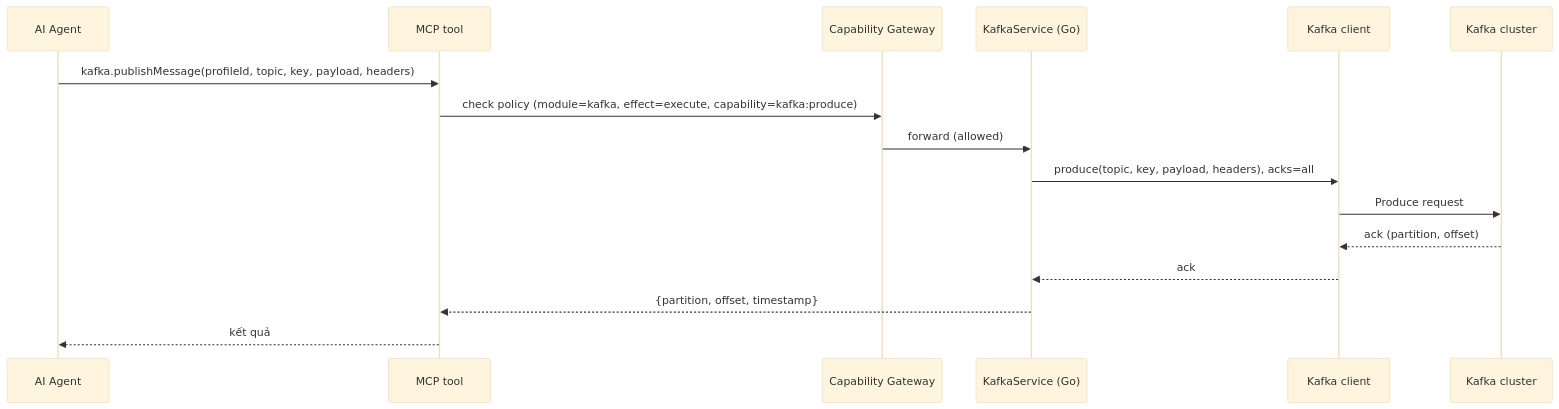
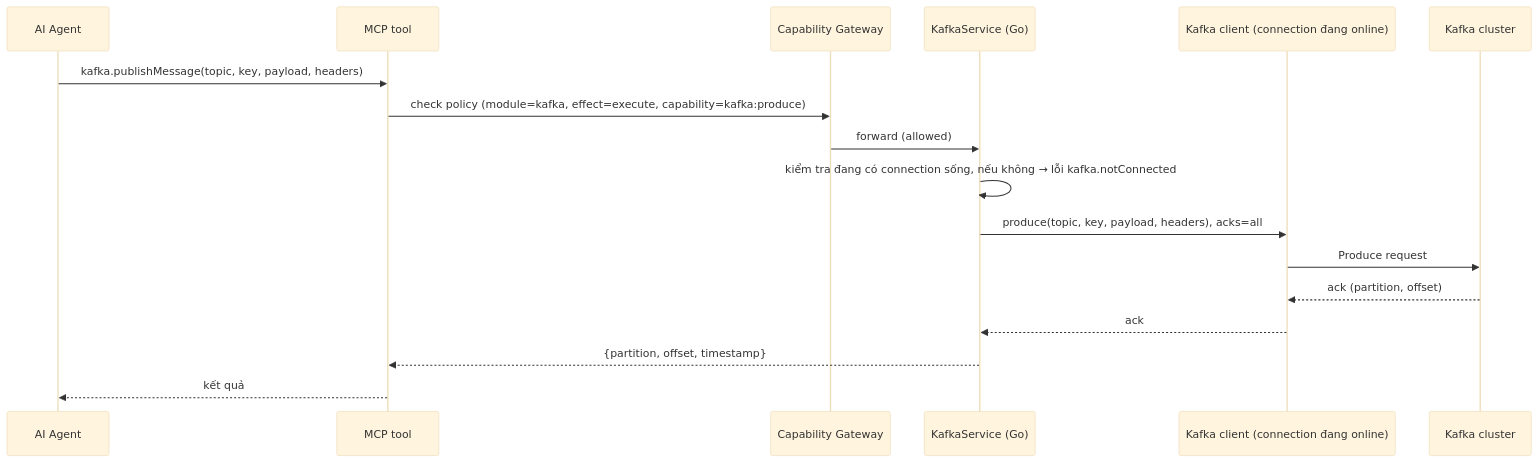
One commit to syurodev/base changed the fourth of 4 diagrams in content/projects/dev-kit/kafka.mdx. Above: the diagram before and after it, drawn with Mermaid (base theme). The commit also changed other lines of this file, not shown here.

First line of the commit message:
docs(dev-kit): Kafka UI stores many profiles but connects to one cluster

````diff
--- a/content/projects/dev-kit/kafka.mdx
+++ b/content/projects/dev-kit/kafka.mdx
@@ -120,19 +149,20 @@
 ```mermaid
 sequenceDiagram
   participant Agent as AI Agent
   participant MCP as MCP tool
   participant GW as Capability Gateway
   participant Svc as KafkaService (Go)
-  participant Client as Kafka client
+  participant Client as Kafka client (connection đang online)
   participant Broker as Kafka cluster
 
-  Agent->>MCP: kafka.publishMessage(profileId, topic, key, payload, headers)
+  Agent->>MCP: kafka.publishMessage(topic, key, payload, headers)
   MCP->>GW: check policy (module=kafka, effect=execute, capability=kafka:produce)
   GW->>Svc: forward (allowed)
+  Svc->>Svc: kiểm tra đang có connection sống, nếu không → lỗi kafka.notConnected
   Svc->>Client: produce(topic, key, payload, headers), acks=all
   Client->>Broker: Produce request
   Broker-->>Client: ack (partition, offset)
   Client-->>Svc: ack
   Svc-->>MCP: {partition, offset, timestamp}
   MCP-->>Agent: kết quả
 ```
````
